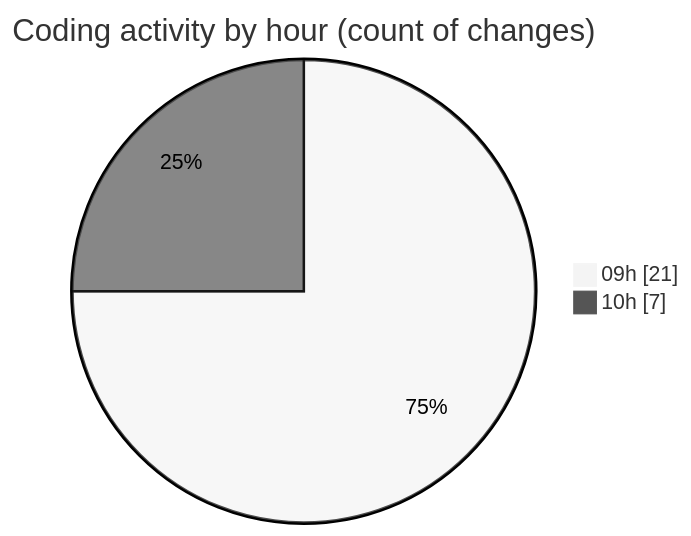
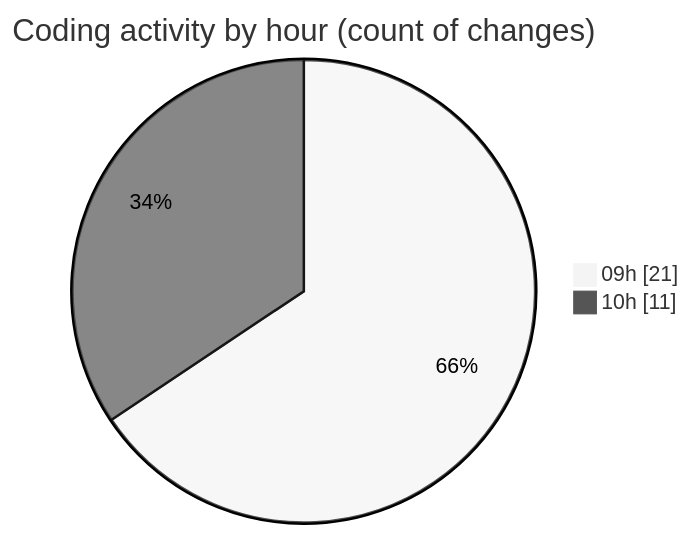
Before and after one commit to momahboobian/code-tracking: the second of 2 diagrams in 2025-12-01/cda/README.md, drawn with Mermaid (neutral theme). The commit also changed other lines of this file and 1 other file, not shown here.

````diff
--- a/2025-12-01/cda/README.md
+++ b/2025-12-01/cda/README.md
@@ -44,6 +44,6 @@
 ```mermaid
 pie showData
 title Coding activity by hour (count of changes)
 "09h" : 21
-"10h" : 7
+"10h" : 11
 ```
````
